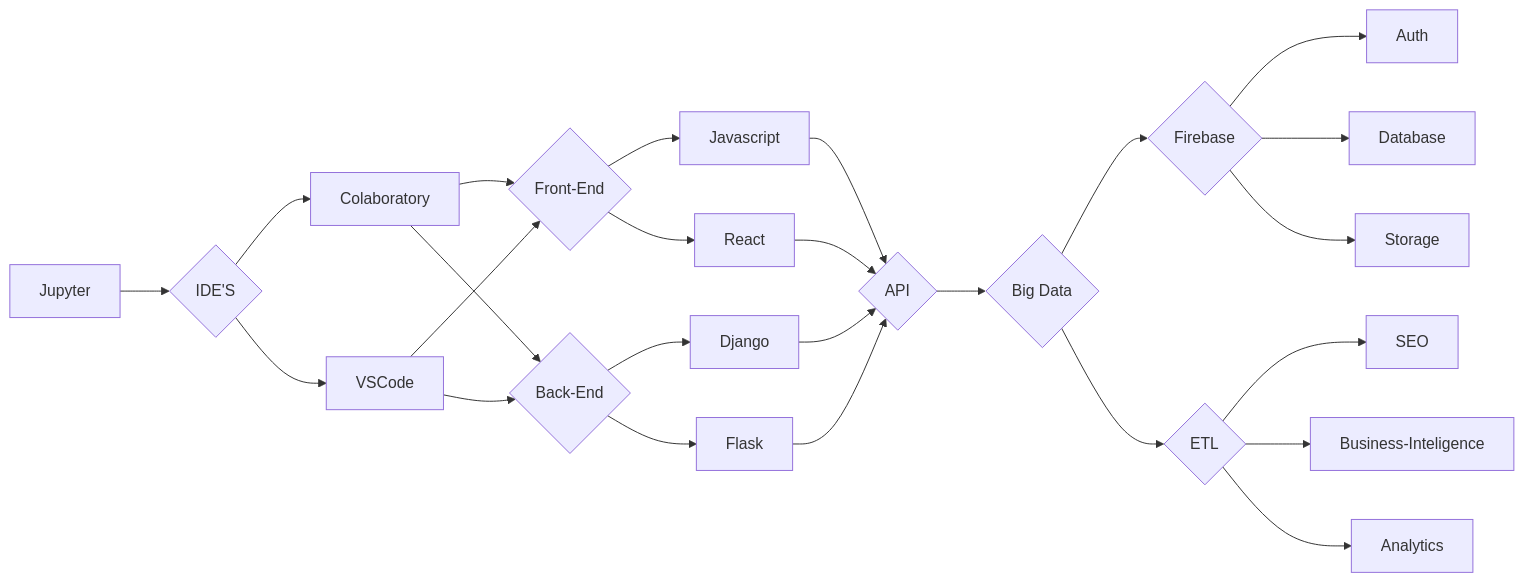
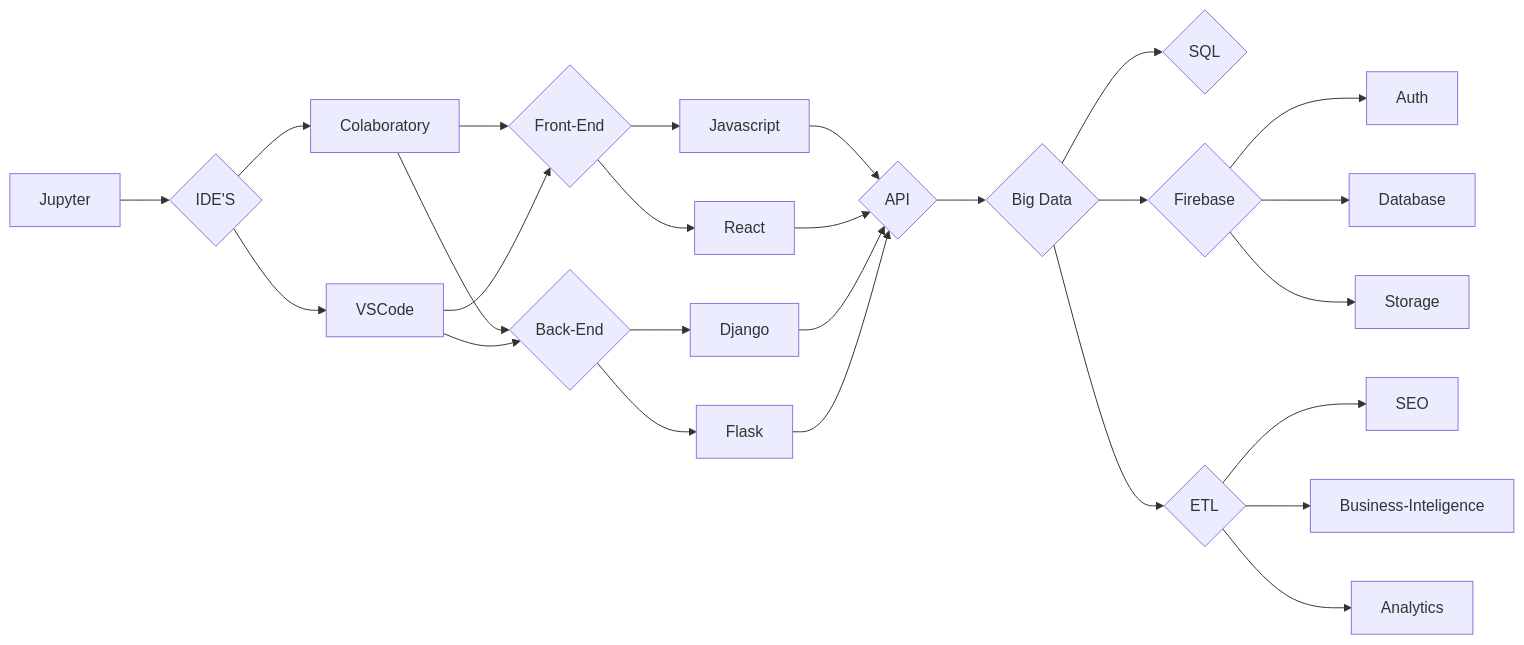
The first of 2 diagrams in README.md (SauloCandeira/SauloCandeira), drawn with Mermaid before and after one commit.

````diff
--- a/README.md
+++ b/README.md
@@ -61,36 +61,38 @@
 ```mermaid
 flowchart LR
 
 M[Jupyter] --> Z{IDE'S} 
 
 Z{IDE'S} --> K[Colaboratory]
 Z  --> L
 
 K[Colaboratory] --> A{Front-End} 
 K --> B{Back-End}
 L[VSCode] --> A{Front-End} 
 L --> B{Back-End}
 
 A{Front-End} --> I[Javascript] --> O{API} 
 A{Front-End} --> J[React] --> O{API} 
 
 B{Back-End} --> G[Django] --> O{API} 
 B{Back-End} --> H[Flask] --> O{API} 
 
 
 
 O{API} --> N{Big Data}
 
+N{Big Data} --> T{SQL}
+
 
 N{Big Data} --> C{Firebase}
+
 N --> P{ETL}
-
 P --> Q[SEO]
 P --> R[Business-Inteligence]
 P --> S[Analytics]
 
 
 C --> D[Auth]
 C --> E[Database]
 C --> F[Storage]
 ```
````
